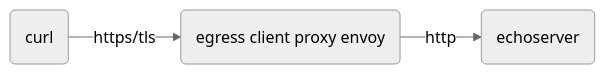
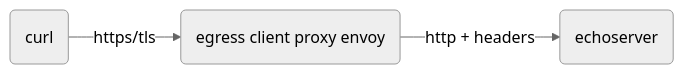
Diagram 12 of 17 in docs/ENVOY.md (ctyano/athenz-distribution), drawn with Mermaid (neutral theme) before and after one commit. The commit also changed other lines of this file and 5 other files, not shown here.

````diff
--- a/docs/ENVOY.md
+++ b/docs/ENVOY.md
@@ -204,4 +204,4 @@
 ```mermaid
 flowchart LR
-A(curl) -->|https/tls| B(egress client proxy envoy) -->|http| C(echoserver)
+A(curl) -->|https/tls| B(egress client proxy envoy) -->|http + headers| C(echoserver)
 ```
````
